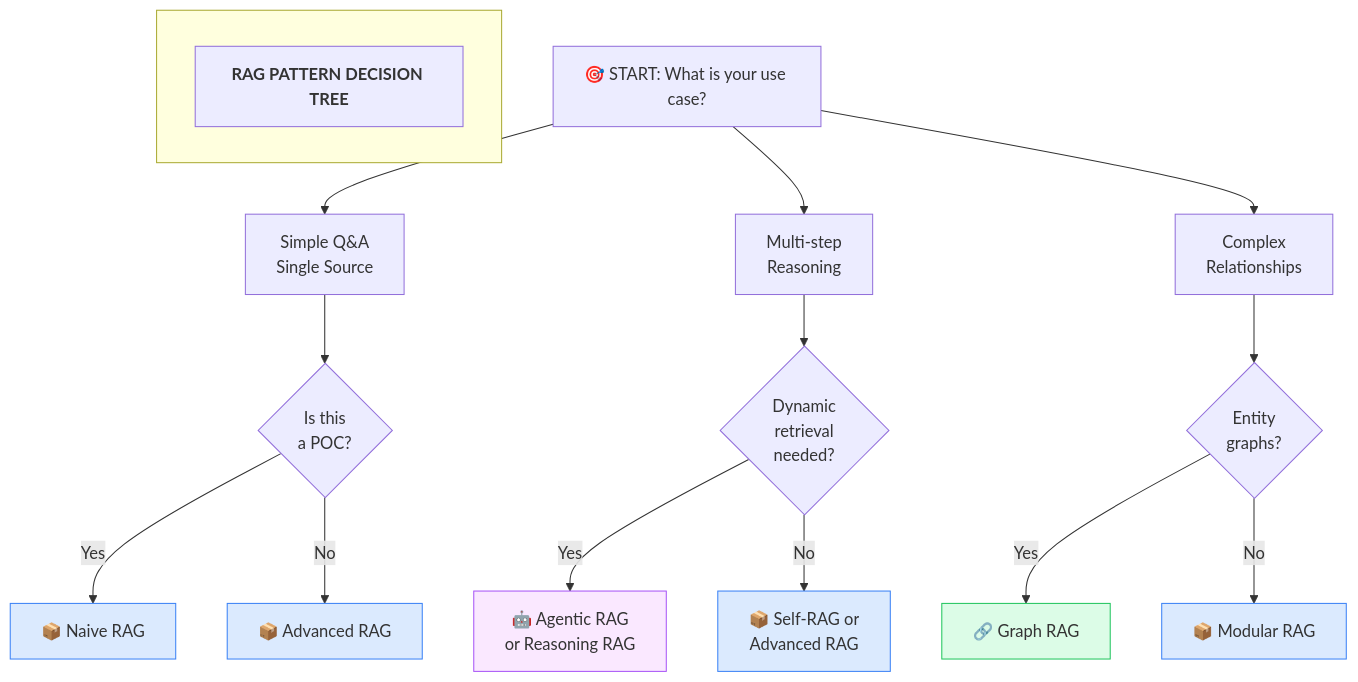
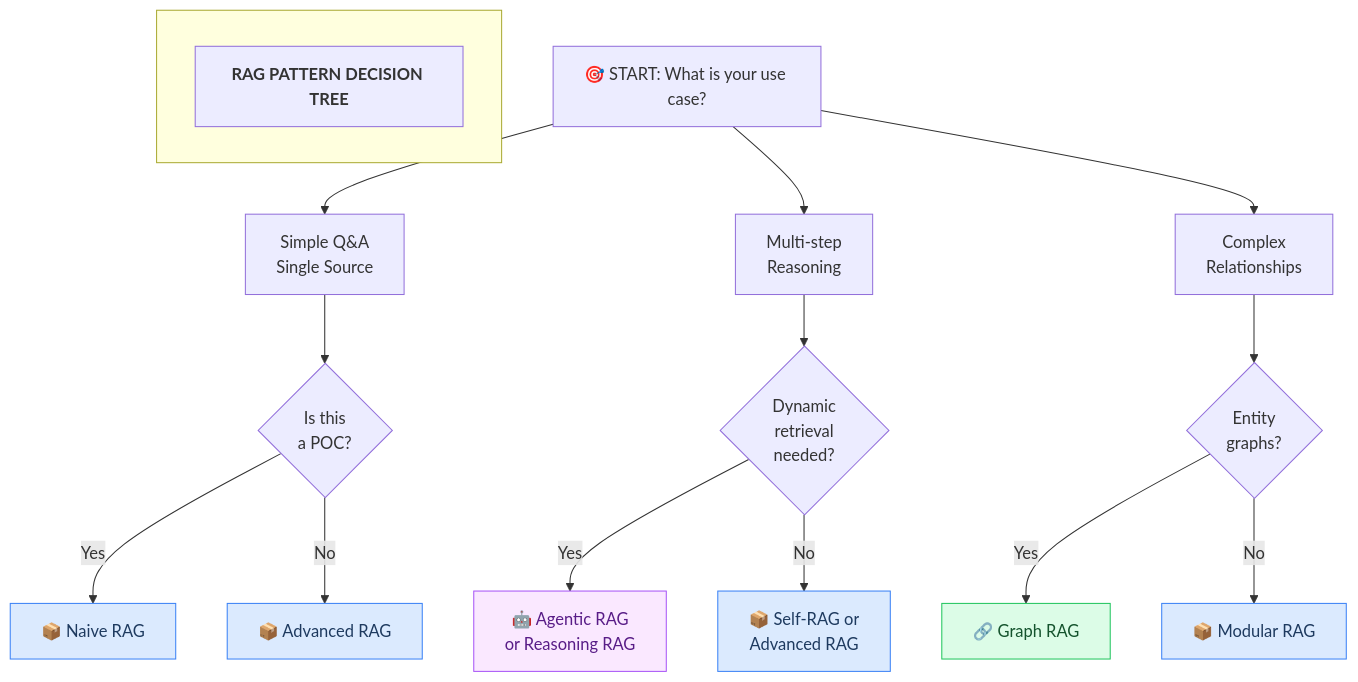
One commit to asq-sheriff/AI-Production-Checklist changed the first of 18 diagrams in docs/TECHNOLOGY-SELECTION-GUIDE.md. Above: the diagram before and after it, drawn with Mermaid. The commit also changed other lines of this file and 8 other files, not shown here.

First line of the commit message:
Fix text contrast in all Mermaid diagrams

````diff
--- a/docs/TECHNOLOGY-SELECTION-GUIDE.md
+++ b/docs/TECHNOLOGY-SELECTION-GUIDE.md
@@ -21,32 +21,32 @@
 ```mermaid
 flowchart TD
     subgraph header[" "]
         title[<b>RAG PATTERN DECISION TREE</b>]
     end
 
     START[🎯 START: What is your use case?]
 
     START --> SimpleQA[Simple Q&A<br/>Single Source]
     START --> MultiStep[Multi-step<br/>Reasoning]
     START --> Complex[Complex<br/>Relationships]
 
     SimpleQA --> POC{Is this<br/>a POC?}
     MultiStep --> Dynamic{Dynamic<br/>retrieval<br/>needed?}
     Complex --> Entity{Entity<br/>graphs?}
 
     POC -->|Yes| NaiveRAG[📦 Naive RAG]
     POC -->|No| AdvancedRAG[📦 Advanced RAG]
 
     Dynamic -->|Yes| AgenticRAG[🤖 Agentic RAG<br/>or Reasoning RAG]
     Dynamic -->|No| SelfRAG[📦 Self-RAG or<br/>Advanced RAG]
 
     Entity -->|Yes| GraphRAG[🔗 Graph RAG]
     Entity -->|No| ModularRAG[📦 Modular RAG]
 
-    style NaiveRAG fill:#dbeafe,stroke:#3b82f6
-    style AdvancedRAG fill:#dbeafe,stroke:#3b82f6
-    style SelfRAG fill:#dbeafe,stroke:#3b82f6
-    style ModularRAG fill:#dbeafe,stroke:#3b82f6
-    style GraphRAG fill:#dcfce7,stroke:#22c55e
-    style AgenticRAG fill:#fae8ff,stroke:#a855f7
+    style NaiveRAG fill:#dbeafe,stroke:#3b82f6,color:#1e3a5f
+    style AdvancedRAG fill:#dbeafe,stroke:#3b82f6,color:#1e3a5f
+    style SelfRAG fill:#dbeafe,stroke:#3b82f6,color:#1e3a5f
+    style ModularRAG fill:#dbeafe,stroke:#3b82f6,color:#1e3a5f
+    style GraphRAG fill:#dcfce7,stroke:#22c55e,color:#14532d
+    style AgenticRAG fill:#fae8ff,stroke:#a855f7,color:#581c87
 ```
````
